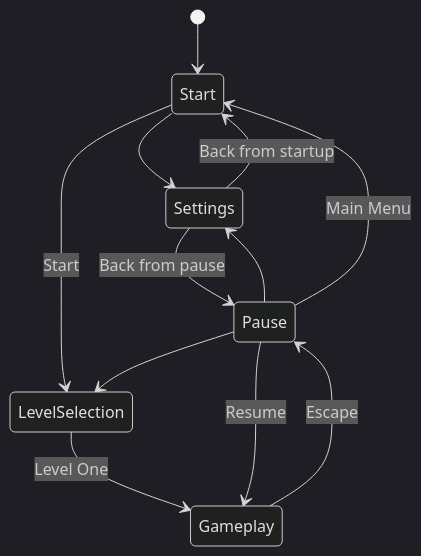
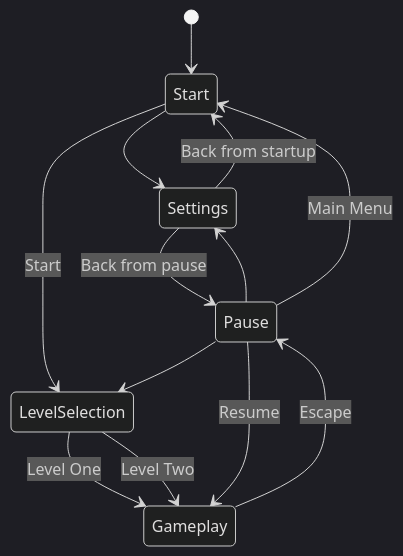
Before and after one commit to an-dr/artificial-will-game-v2: the diagram in docs/design/menu-and-level-lifecycle.md, drawn with Mermaid (dark theme). The commit also changed other lines of this file and 7 other files, not shown here.

Commit message:
Add passive slimes to Level Two

````diff
--- a/docs/design/menu-and-level-lifecycle.md
+++ b/docs/design/menu-and-level-lifecycle.md
@@ -22,14 +23,15 @@
 ```mermaid
 stateDiagram-v2
     [*] --> Start
     Start --> Settings
     Start --> LevelSelection: Start
     LevelSelection --> Gameplay: Level One
+    LevelSelection --> Gameplay: Level Two
     Gameplay --> Pause: Escape
     Pause --> Gameplay: Resume
     Pause --> Settings
     Pause --> LevelSelection
     Pause --> Start: Main Menu
     Settings --> Start: Back from startup
     Settings --> Pause: Back from pause
 ```
````
